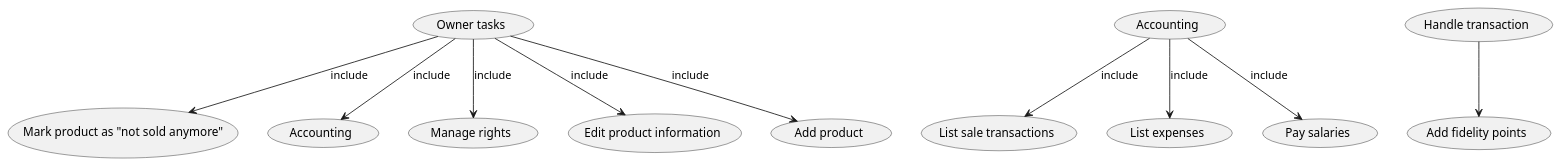
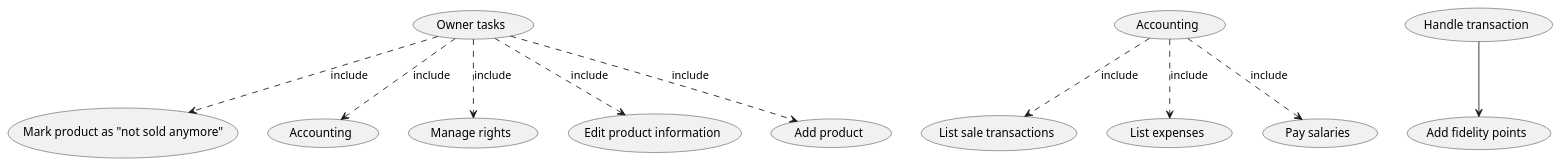
One commit to nicolabattaglino/ezshop changed the third of 7 diagrams in Deliverables/RequirementsDocument.md. Above: the diagram before and after it, drawn with PlantUML. The commit also changed other lines of this file and 10 other files, not shown here.

Commit message:
Addded fidelity carrd as stakeholder, added POS api, NFR5, added dbmss in the deployment diagram

````diff
--- a/Deliverables/RequirementsDocument.md
+++ b/Deliverables/RequirementsDocument.md
@@ -238,26 +243,25 @@
 ```plantuml
 @startuml
 "Mark product as "not sold anymore"" as (notSold)
 "Accounting" as (accounting)
 "Manage rights" as (manageRights)
 "Owner tasks" as (ownerTasks)
 "Edit product information" as (editProduct)
 "Add product" as (addProduct)
 "Accounting" as (acoounting)
 "List sale transactions" as (listSale)
 "List expenses" as (listExpenses)
 "Pay salaries" as (paySalaries)
 "Add fidelity points" as (addPoints)
 "Handle transaction" as (handleTransaction)
-(ownerTasks) --> (addProduct):include
-(acoounting)-->(listSale):include
-(acoounting)-->(listExpenses):include
-(acoounting)-->(paySalaries):include
-(ownerTasks)-->(notSold):include
-(ownerTasks)-->(accounting):include
-(ownerTasks)-->(manageRights):include
-(ownerTasks)-->(editProduct):include
+(ownerTasks) ..> (addProduct):include
+(acoounting)..>(listSale):include
+(acoounting)..>(listExpenses):include
+(acoounting)..>(paySalaries):include
+(ownerTasks)..>(notSold):include
+(ownerTasks)..>(accounting):include
+(ownerTasks)..>(manageRights):include
+(ownerTasks)..>(editProduct):include
 (handleTransaction) --> (addPoints)
 @enduml
-
 ```
````
